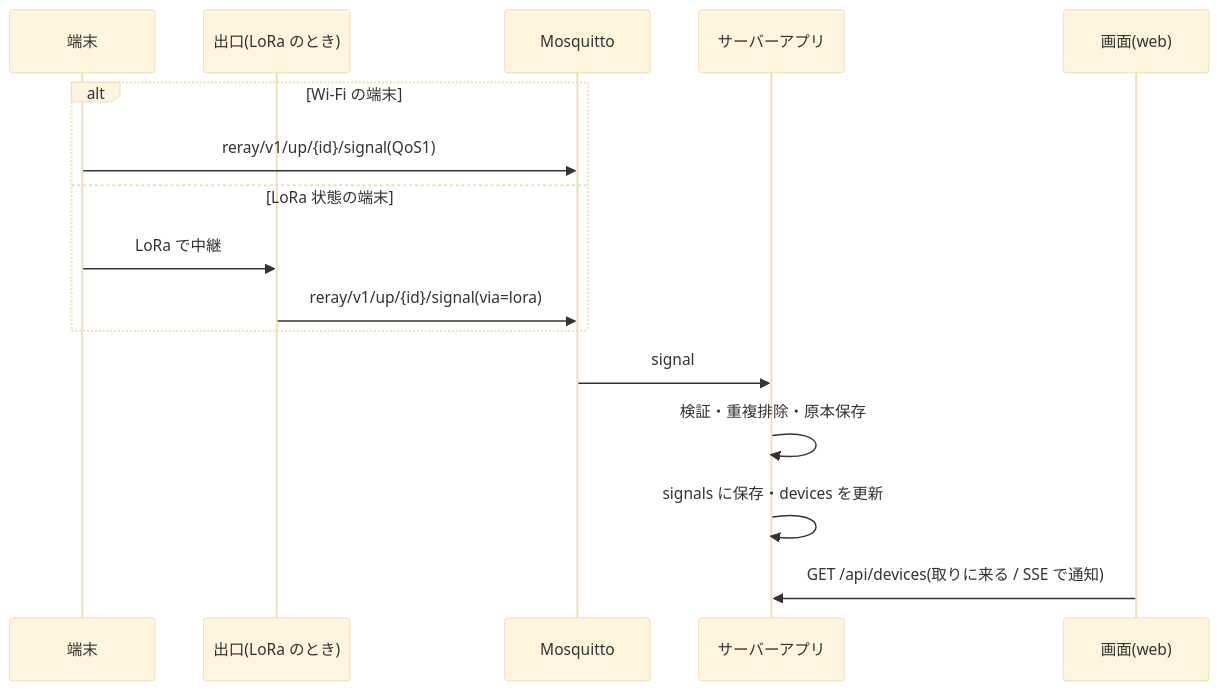
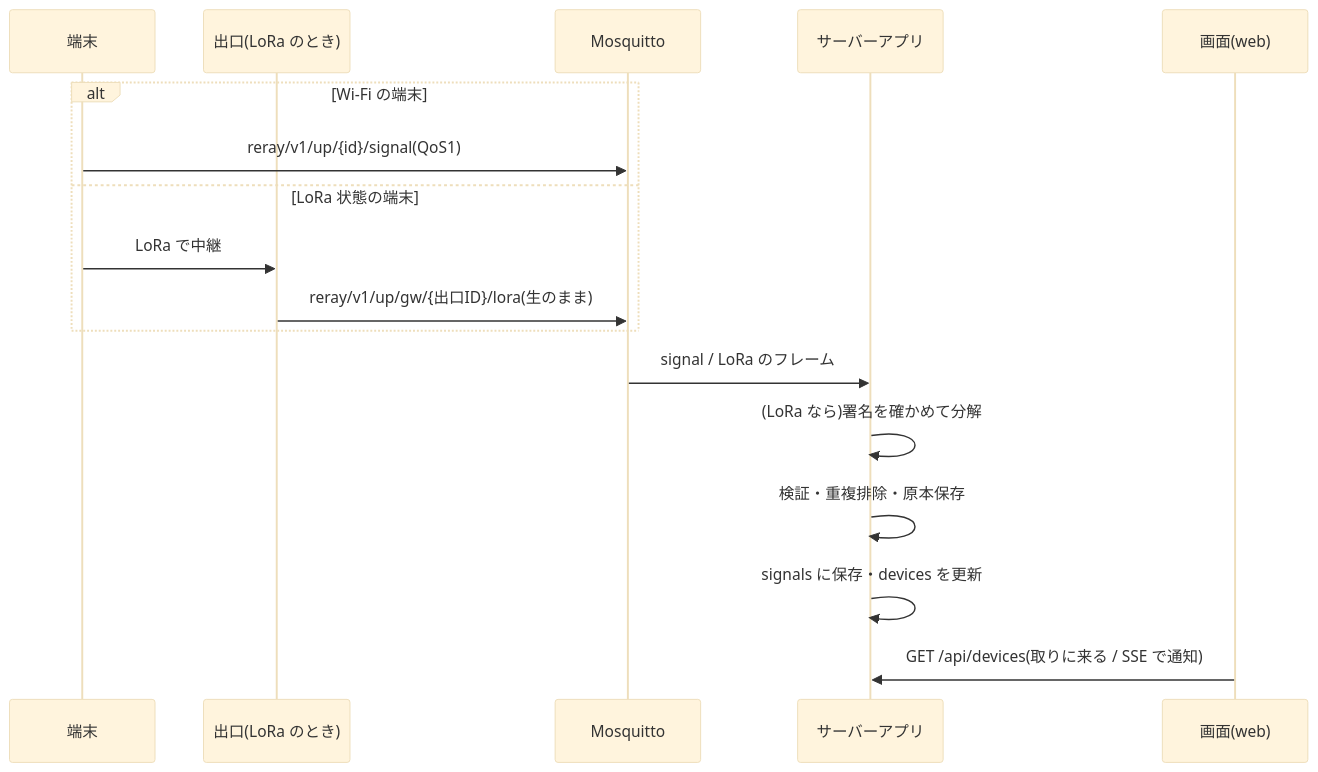
One commit to yuki20060410/Re-Ray_Server changed the second of 3 diagrams in docs/ARCHITECTURE_2026-10-23.md. Above: the diagram before and after it, drawn with Mermaid (base theme). The commit also changed other lines of this file and 8 other files, not shown here.

````diff
--- a/docs/ARCHITECTURE_2026-10-23.md
+++ b/docs/ARCHITECTURE_2026-10-23.md
@@ -105,18 +108,19 @@
 ```mermaid
 sequenceDiagram
   participant D as 端末
   participant G as 出口(LoRa のとき)
   participant B as Mosquitto
   participant S as サーバーアプリ
   participant U as 画面(web)
   alt Wi-Fi の端末
     D->>B: reray/v1/up/{id}/signal(QoS1)
   else LoRa 状態の端末
     D->>G: LoRa で中継
-    G->>B: reray/v1/up/{id}/signal(via=lora)
+    G->>B: reray/v1/up/gw/{出口ID}/lora(生のまま)
   end
-  B->>S: signal
+  B->>S: signal / LoRa のフレーム
+  S->>S: (LoRa なら)署名を確かめて分解
   S->>S: 検証・重複排除・原本保存
   S->>S: signals に保存・devices を更新
   U->>S: GET /api/devices(取りに来る / SSE で通知)
 ```
````
